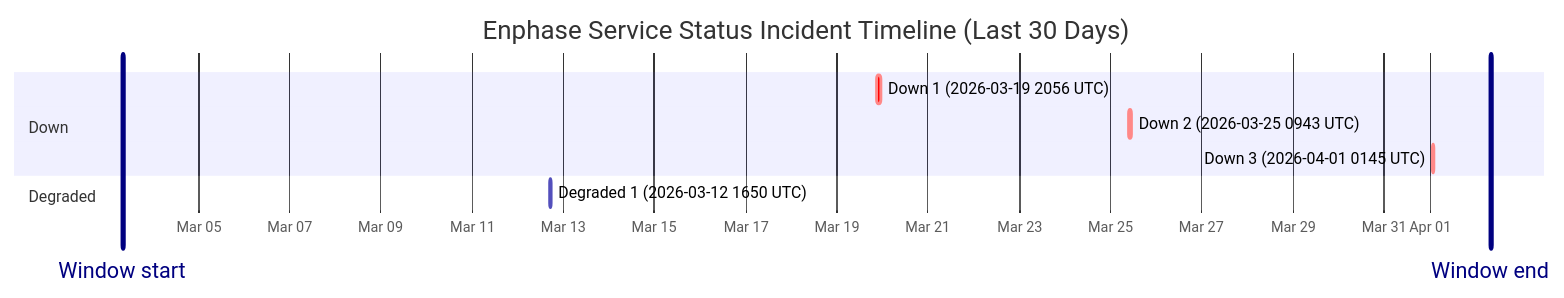
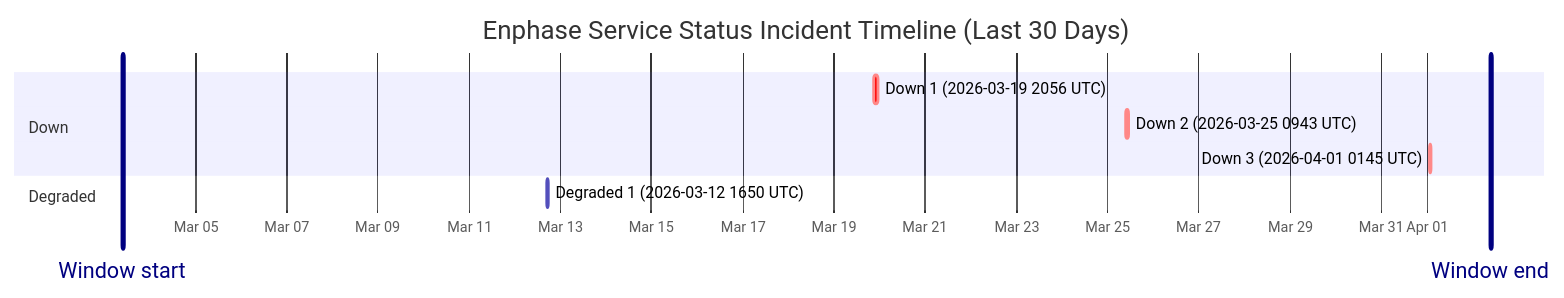
One commit to barneyonline/ha-enphase-ev-charger changed the diagram in wiki/Service-Status-History.md. Above: the diagram before and after it, drawn with Mermaid. The commit also changed other lines of this file and 3 other files, not shown here.

````diff
--- a/wiki/Service-Status-History.md
+++ b/wiki/Service-Status-History.md
@@ -14,14 +14,14 @@
 ```mermaid
 gantt
     title Enphase Service Status Incident Timeline (Last 30 Days)
     dateFormat  YYYY-MM-DDTHH:mm:ss
     axisFormat  %b %d
-    Window start :vert, window-start, 2026-03-03T08:06:00, 0ms
-    Window end :vert, window-end, 2026-04-02T08:06:00, 0ms
+    Window start :vert, window-start, 2026-03-03T09:34:15, 0ms
+    Window end :vert, window-end, 2026-04-02T09:34:15, 0ms
     section Down
     Down 1 (2026-03-19 2056 UTC) :crit, down-1, 2026-03-19T20:56:20, 145m
     Down 2 (2026-03-25 0943 UTC) :crit, down-2, 2026-03-25T09:43:28, 111m
     Down 3 (2026-04-01 0145 UTC) :crit, down-3, 2026-04-01T01:45:09, 60m
     section Degraded
     Degraded 1 (2026-03-12 1650 UTC) :active, degraded-1, 2026-03-12T16:50:43, 60m
 ```
````
